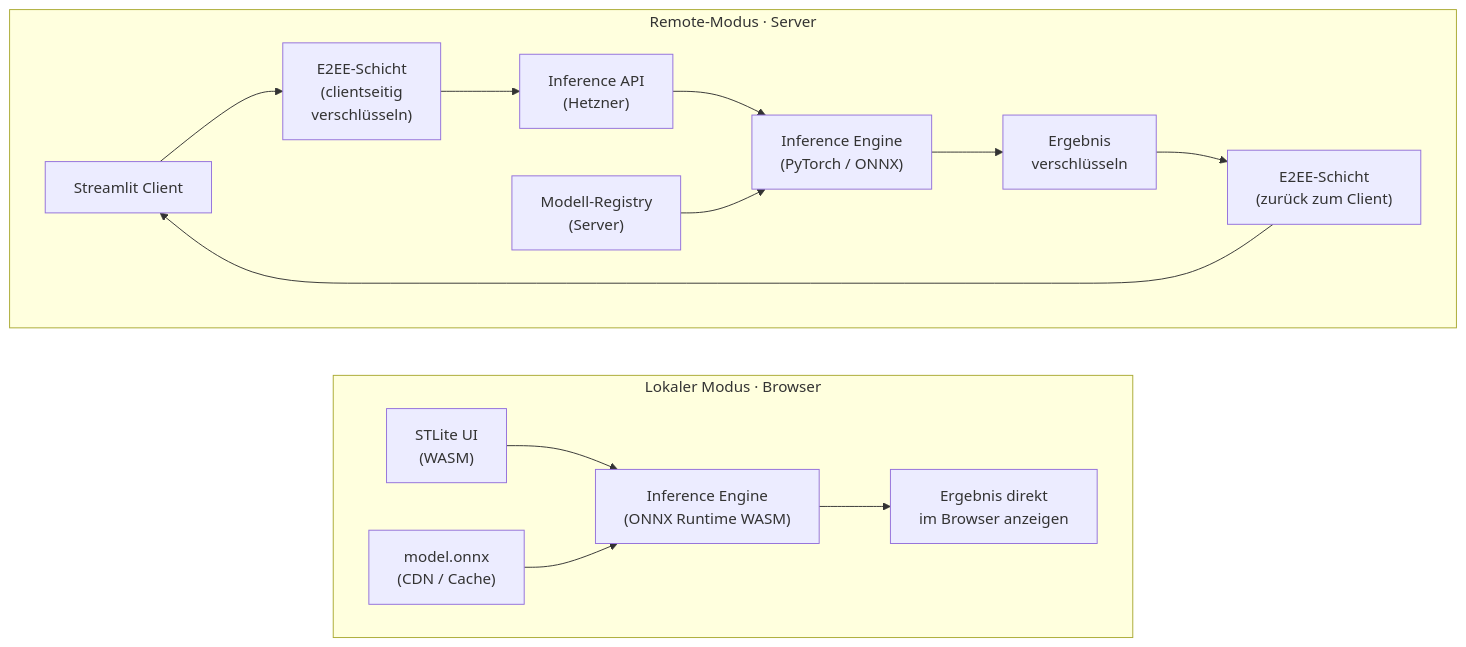
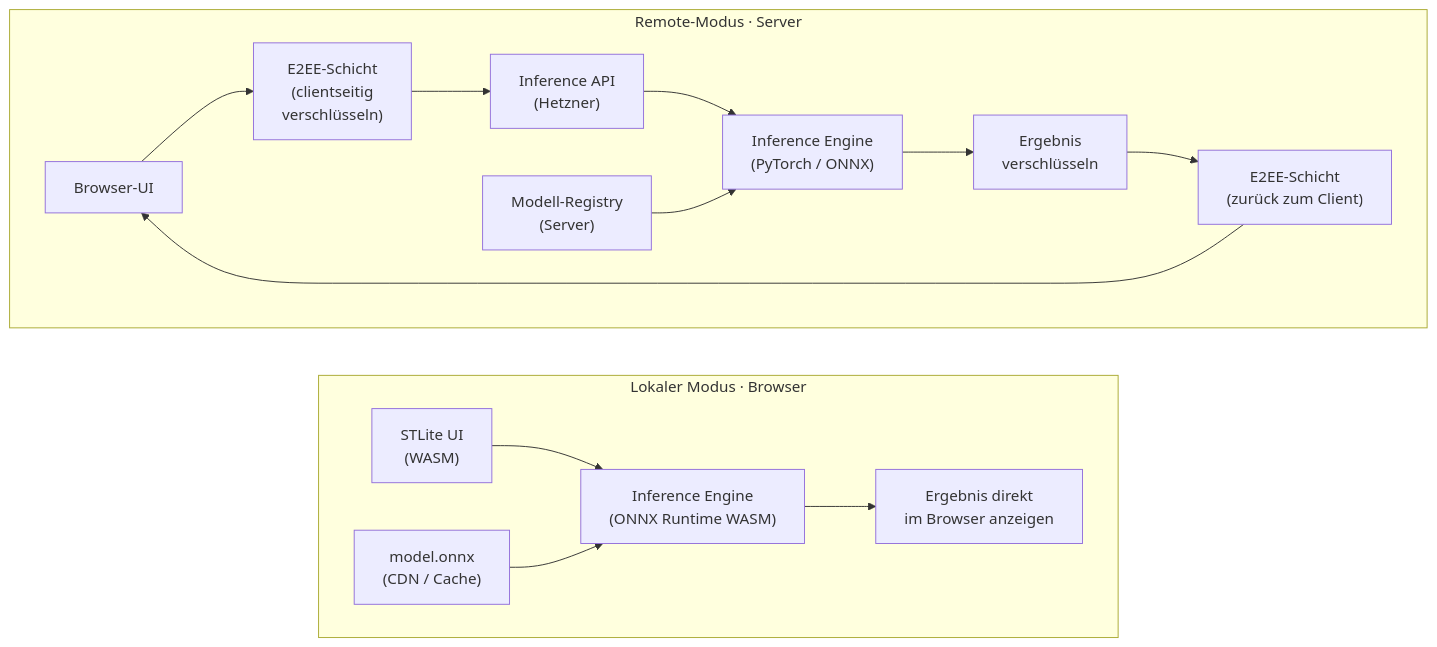
Before and after one commit to chempananickal/Tumor_Classifier: the fourth of 13 diagrams in docs/SAA/arc42-doc.md, drawn with Mermaid. The commit also changed other lines of this file, not shown here.

````diff
--- a/docs/SAA/arc42-doc.md
+++ b/docs/SAA/arc42-doc.md
@@ -502,20 +495,20 @@
 ```mermaid
 graph LR
     subgraph Lokal ["Lokaler Modus · Browser"]
         direction LR
         L_UI["STLite UI<br/>(WASM)"] --> L_ENG["Inference Engine<br/>(ONNX Runtime WASM)"]
         L_ONNX["model.onnx<br/>(CDN / Cache)"] --> L_ENG
         L_ENG --> L_RES["Ergebnis direkt<br/>im Browser anzeigen"]
     end
 
     subgraph Remote ["Remote-Modus · Server"]
         direction LR
-        R_UI["Streamlit Client"] --> R_E2EE["E2EE-Schicht<br/>(clientseitig<br/>verschlüsseln)"]
+        R_UI["Browser-UI"] --> R_E2EE["E2EE-Schicht<br/>(clientseitig<br/>verschlüsseln)"]
         R_E2EE --> R_API["Inference API<br/>(Hetzner)"]
         R_API --> R_ENG["Inference Engine<br/>(PyTorch / ONNX)"]
         R_CKPT["Modell-Registry<br/>(Server)"] --> R_ENG
         R_ENG --> R_RES["Ergebnis<br/>verschlüsseln"]
         R_RES --> R_BACK["E2EE-Schicht<br/>(zurück zum Client)"]
         R_BACK --> R_UI
     end
 ```
````
